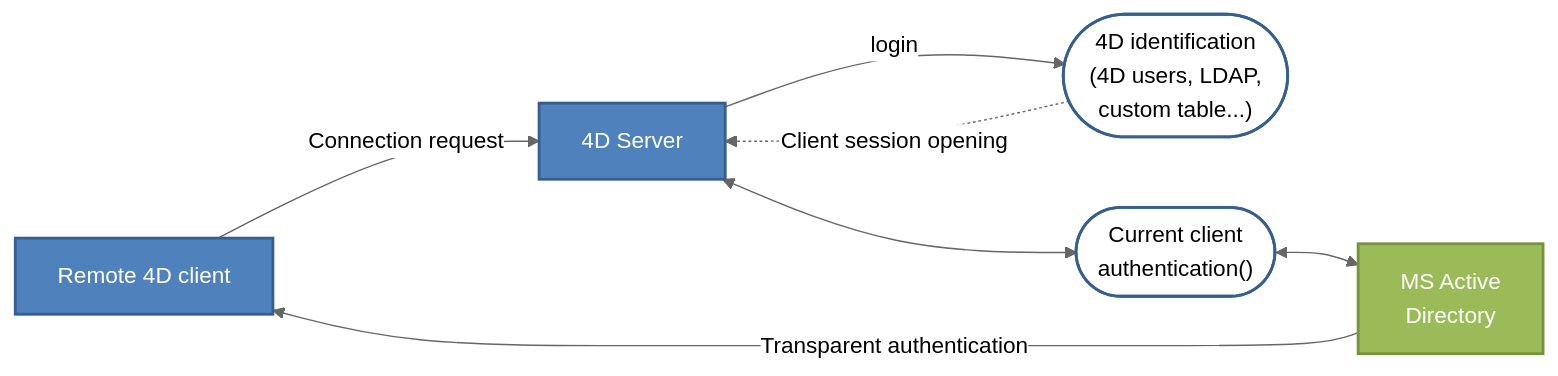
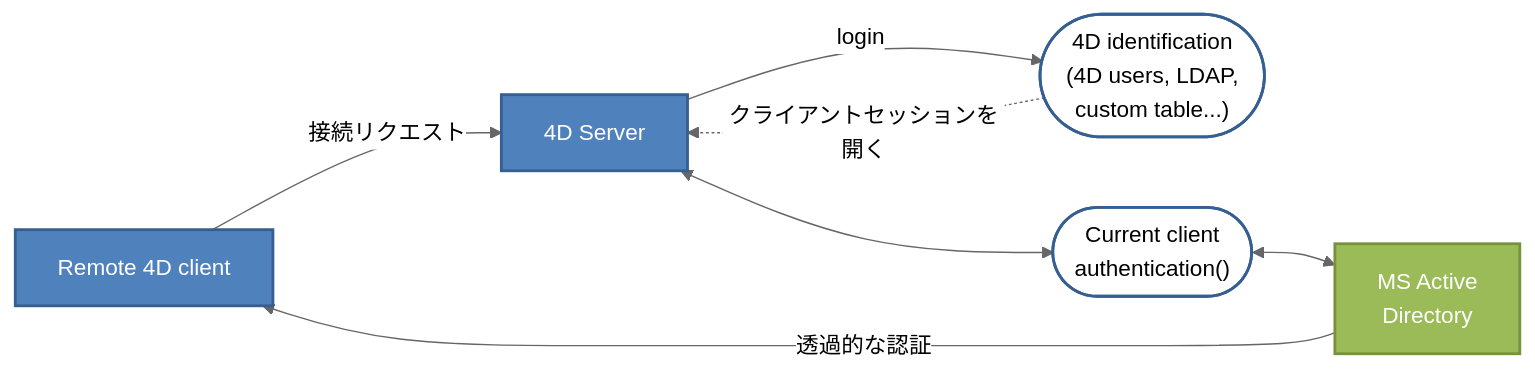
The diagram in i18n/ja/docusaurus-plugin-content-docs/current/server/sso.md (4d/docs), drawn with Mermaid (neutral theme) before and after one commit. The commit also changed other lines of this file and 92 other files, not shown here.

````diff
--- a/i18n/ja/docusaurus-plugin-content-docs/current/server/sso.md
+++ b/i18n/ja/docusaurus-plugin-content-docs/current/server/sso.md
@@ -58,27 +58,27 @@
 ```mermaid
 flowchart LR
 
     Client["Remote 4D client"]
     Server["4D Server"]
     Ident(["4D identification<br/>(4D users, LDAP,<br/>custom table...)"])
 
     Auth(["Current client<br/>authentication()"])
     AD["MS Active<br/>Directory"]
 
-    Client -->|Connection request| Server
+    Client -->|接続リクエスト| Server
 
     Server -->|login| Ident
-    Ident -.->|Client session opening| Server
+    Ident -.->|クライアントセッションを開く| Server
 
     Server <--> Auth
     Auth <--> AD
 
-    AD -->|Transparent authentication| Client
+    AD -->|透過的な認証| Client
 
     style Client fill:#4F81BD,color:#fff,stroke:#365F91,stroke-width:2px
     style Server fill:#4F81BD,color:#fff,stroke:#365F91,stroke-width:2px
     style AD fill:#9BBB59,color:#fff,stroke:#76923C,stroke-width:2px
 
     style Auth fill:#ffffff,stroke:#365F91,stroke-width:2px
     style Ident fill:#ffffff,stroke:#365F91,stroke-width:2px
 ```
````
